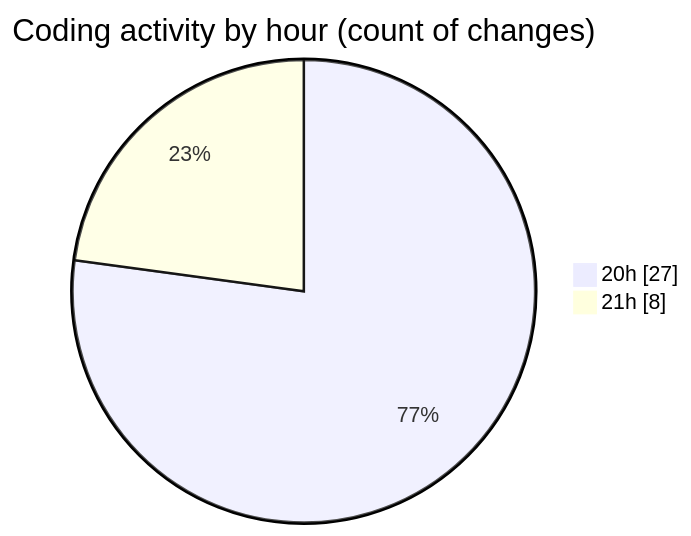
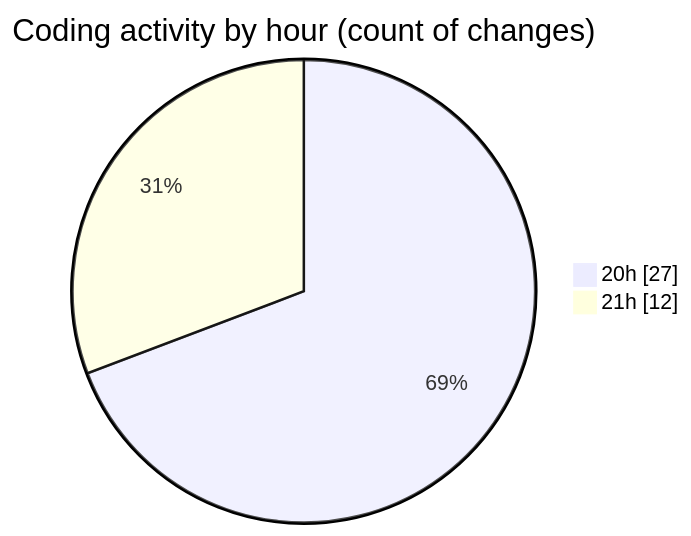
Before and after one commit to momahboobian/code-tracking: the second of 2 diagrams in 2025-02-16/iptv_moreel_me/README.md, drawn with Mermaid. The commit also changed other lines of this file and 1 other file, not shown here.

````diff
--- a/2025-02-16/iptv_moreel_me/README.md
+++ b/2025-02-16/iptv_moreel_me/README.md
@@ -28,6 +28,6 @@
 ```mermaid
 pie showData
 title Coding activity by hour (count of changes)
 "20h" : 27
-"21h" : 8
+"21h" : 12
 ```
````
